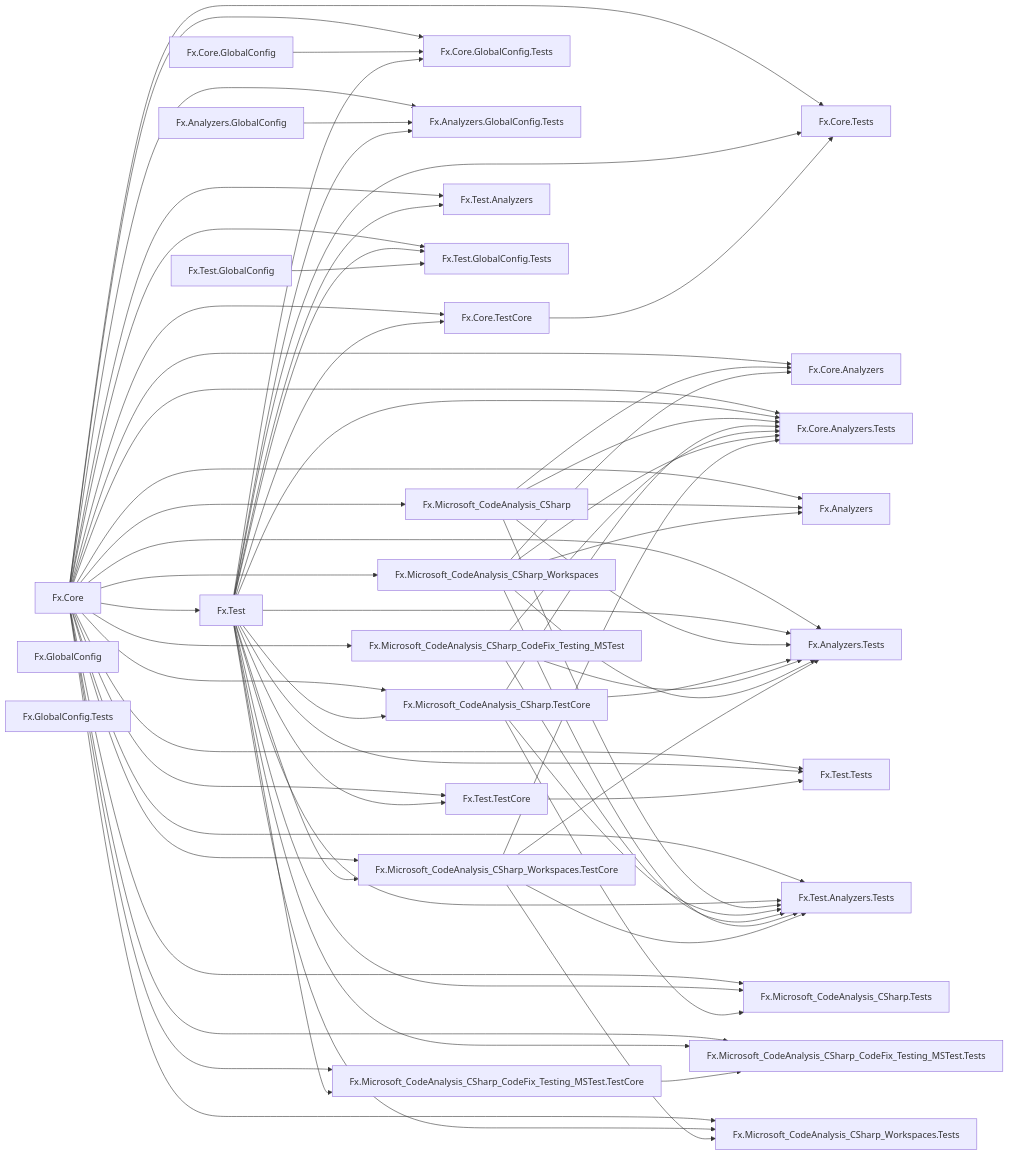
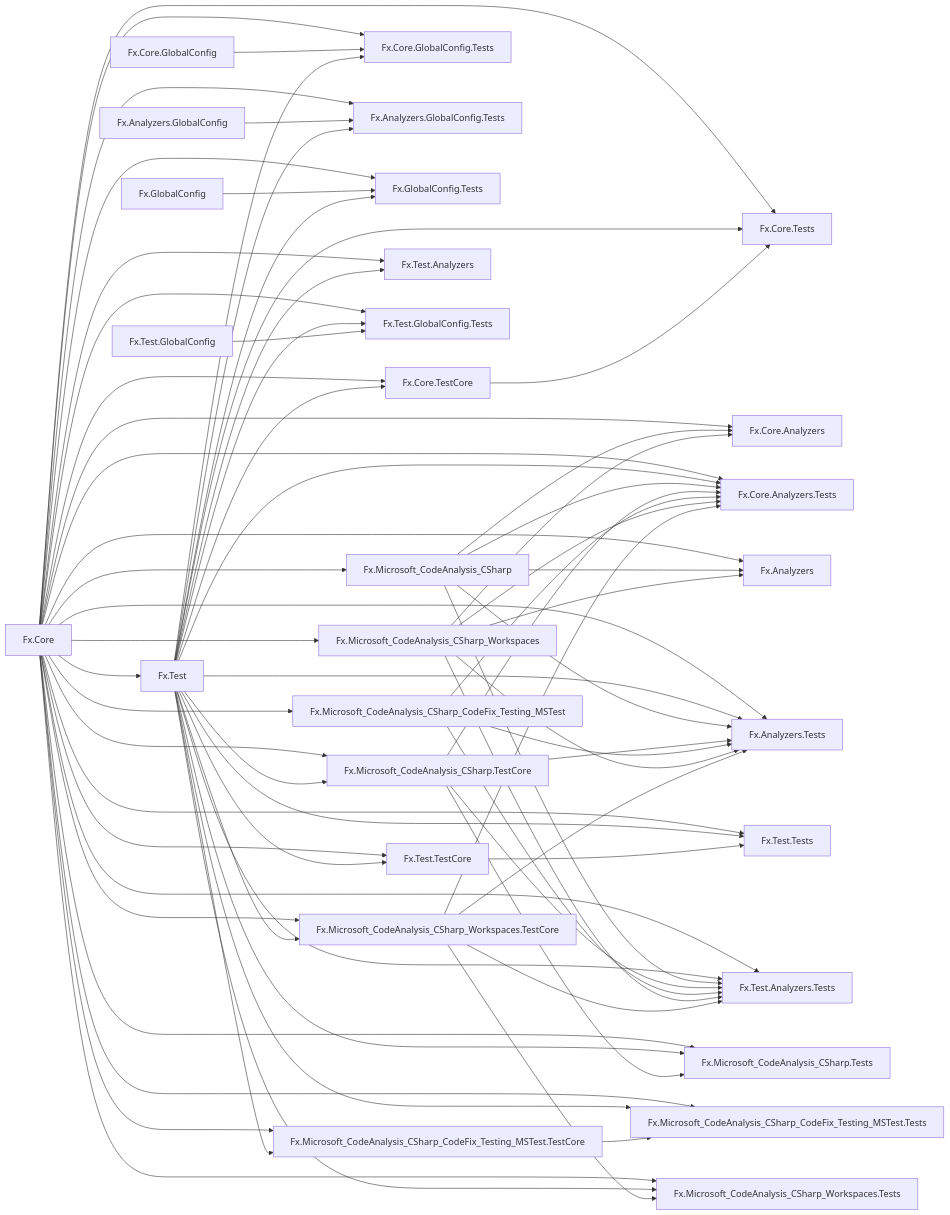
The diagram in graph.md (ravudet/Fx.Core), drawn with Mermaid before and after one commit.

```diff
--- a/graph.md
+++ b/graph.md
@@ -69,6 +69,10 @@
 	Fx.Analyzers.GlobalConfig --> Fx.Analyzers.GlobalConfig.Tests
 	Fx.Test --> Fx.Analyzers.GlobalConfig.Tests
 
+	Fx.Core -->  Fx.GlobalConfig.Tests
+	Fx.GlobalConfig --> Fx.GlobalConfig.Tests
+	Fx.Test --> Fx.GlobalConfig.Tests
+
 	Fx.Core --> Fx.Test
 
 	Fx.Core --> Fx.Test.TestCore
```
